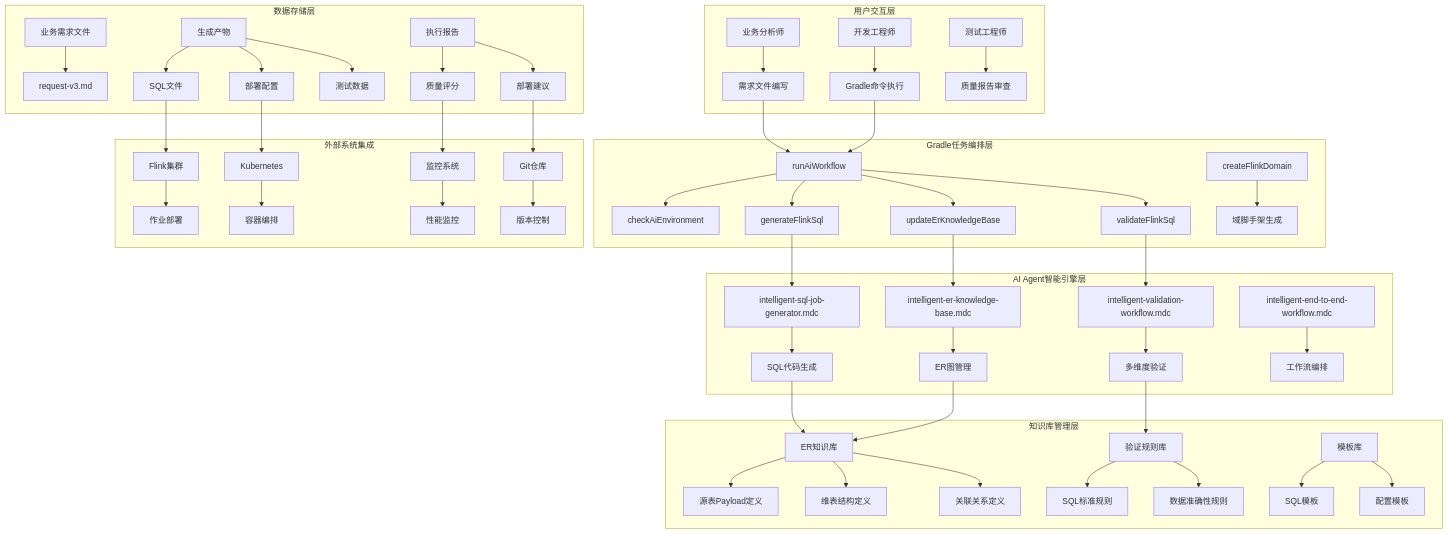
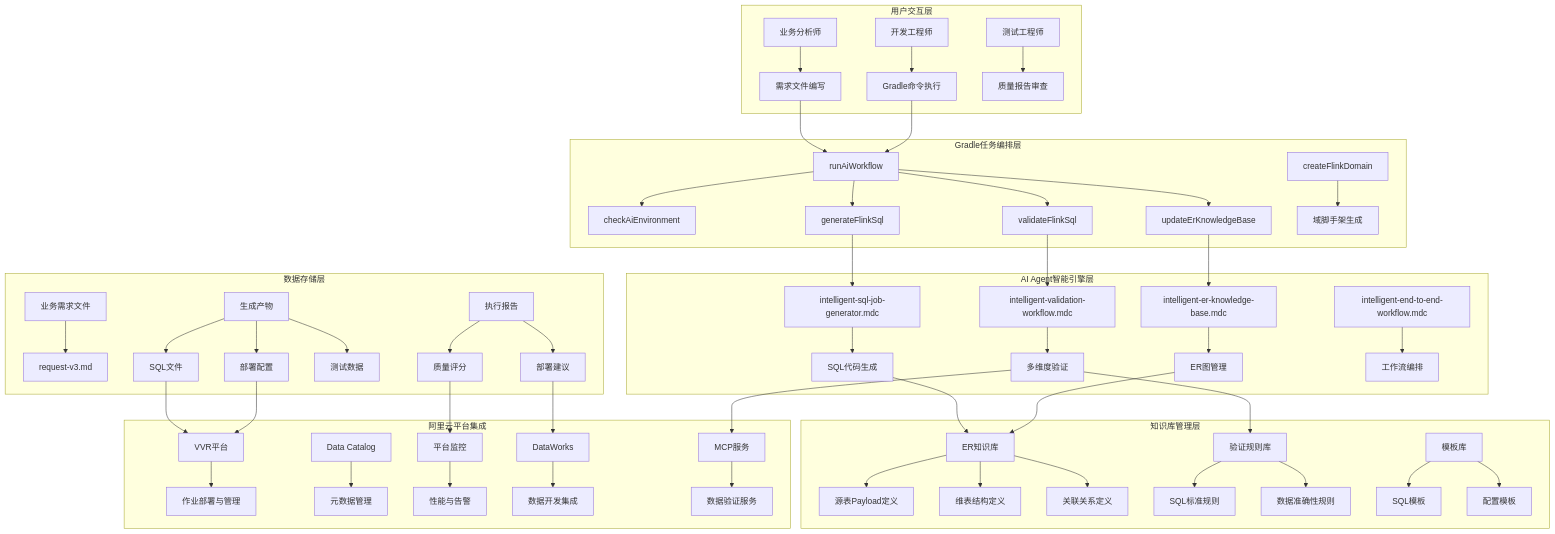
Before and after one commit to velamen-L/flink-task: the first of 7 diagrams in FLINK-AI-WORKFLOW-ARCHITECTURE.md, drawn with Mermaid. The commit also changed other lines of this file and 3 other files, not shown here.

````diff
--- a/FLINK-AI-WORKFLOW-ARCHITECTURE.md
+++ b/FLINK-AI-WORKFLOW-ARCHITECTURE.md
@@ -61,62 +61,64 @@
 ```mermaid
 graph TB
     subgraph "用户交互层"
         U1[业务分析师] --> U2[需求文件编写]
         U3[开发工程师] --> U4[Gradle命令执行]
         U5[测试工程师] --> U6[质量报告审查]
     end
     
     subgraph "Gradle任务编排层"
         G1[runAiWorkflow] --> G2[checkAiEnvironment]
         G1 --> G3[generateFlinkSql]
         G1 --> G4[validateFlinkSql]
         G1 --> G5[updateErKnowledgeBase]
         G6[createFlinkDomain] --> G7[域脚手架生成]
     end
     
     subgraph "AI Agent智能引擎层"
         A1[intelligent-sql-job-generator.mdc] --> A2[SQL代码生成]
         A3[intelligent-validation-workflow.mdc] --> A4[多维度验证]
         A5[intelligent-er-knowledge-base.mdc] --> A6[ER图管理]
         A7[intelligent-end-to-end-workflow.mdc] --> A8[工作流编排]
     end
     
     subgraph "知识库管理层"
         K1[ER知识库] --> K2[源表Payload定义]
         K1 --> K3[维表结构定义]
         K1 --> K4[关联关系定义]
         K5[验证规则库] --> K6[SQL标准规则]
         K5 --> K7[数据准确性规则]
         K8[模板库] --> K9[SQL模板]
         K8 --> K10[配置模板]
     end
     
     subgraph "数据存储层"
         S1[业务需求文件] --> S2[request-v3.md]
         S3[生成产物] --> S4[SQL文件]
         S3 --> S5[部署配置]
         S3 --> S6[测试数据]
         S7[执行报告] --> S8[质量评分]
         S7 --> S9[部署建议]
     end
     
-    subgraph "外部系统集成"
-        E1[Flink集群] --> E2[作业部署]
-        E3[Kubernetes] --> E4[容器编排]
-        E5[监控系统] --> E6[性能监控]
-        E7[Git仓库] --> E8[版本控制]
+    subgraph "阿里云平台集成"
+        E1[VVR平台] --> E2[作业部署与管理]
+        E3[Data Catalog] --> E4[元数据管理]
+        E5[平台监控] --> E6[性能与告警]
+        E7[DataWorks] --> E8[数据开发集成]
+        E9[MCP服务] --> E10[数据验证服务]
     end
     
     U2 --> G1
     U4 --> G1
     G3 --> A1
     G4 --> A3
     G5 --> A5
     A2 --> K1
     A4 --> K5
     A6 --> K1
     S4 --> E1
-    S5 --> E3
+    S5 --> E1
     S8 --> E5
     S9 --> E7
+    A4 --> E9
 ```
````
